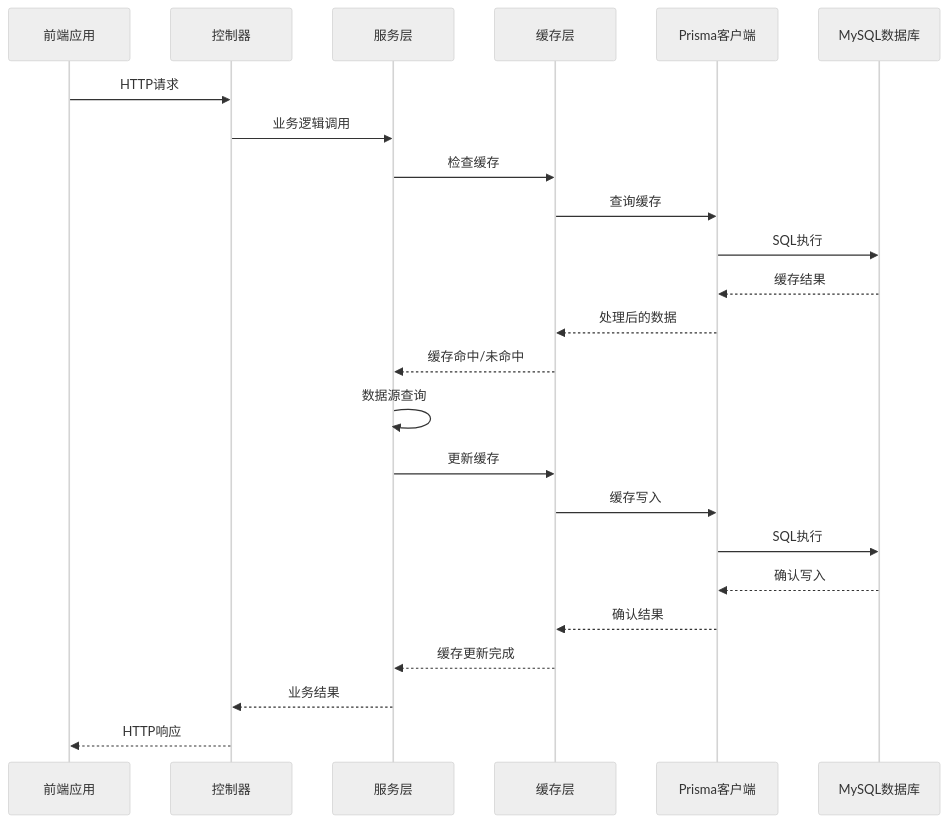
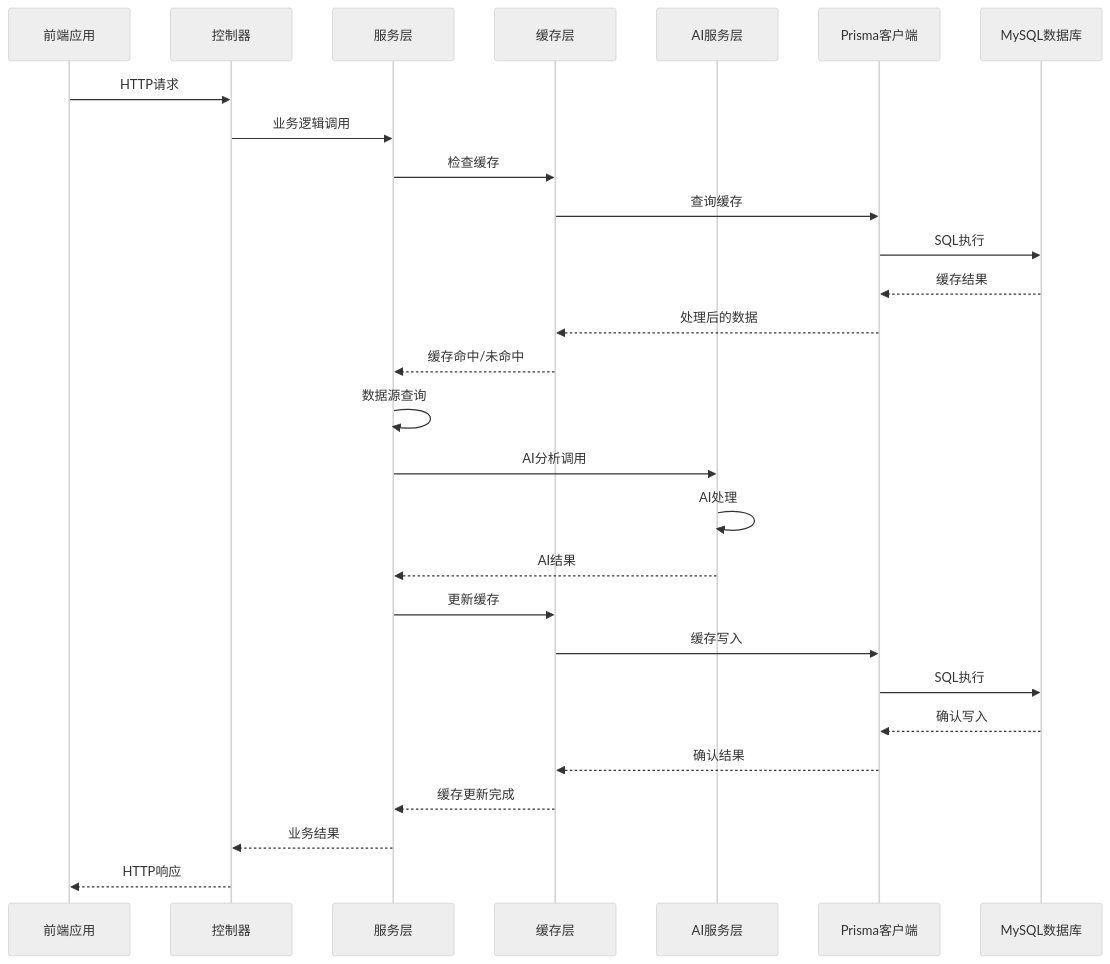
One commit to xianjianshenqu/SalesFlow-CRM changed the fourth of 37 diagrams in .qoder/repowiki/zh/content/Database Schema.md. Above: the diagram before and after it, drawn with Mermaid (neutral theme). The commit also changed other lines of this file and 10 other files, not shown here.

````diff
--- a/.qoder/repowiki/zh/content/Database Schema.md
+++ b/.qoder/repowiki/zh/content/Database Schema.md
@@ -486,26 +599,30 @@
 ```mermaid
 sequenceDiagram
 participant Frontend as 前端应用
 participant Controller as 控制器
 participant Service as 服务层
 participant Cache as 缓存层
+participant AIService as AI服务层
 participant Prisma as Prisma客户端
 participant Database as MySQL数据库
 Frontend->>Controller : HTTP请求
 Controller->>Service : 业务逻辑调用
 Service->>Cache : 检查缓存
 Cache->>Prisma : 查询缓存
 Prisma->>Database : SQL执行
 Database-->>Prisma : 缓存结果
 Prisma-->>Cache : 处理后的数据
 Cache-->>Service : 缓存命中/未命中
 Service->>Service : 数据源查询
+Service->>AIService : AI分析调用
+AIService->>AIService : AI处理
+AIService-->>Service : AI结果
 Service->>Cache : 更新缓存
 Cache->>Prisma : 缓存写入
 Prisma->>Database : SQL执行
 Database-->>Prisma : 确认写入
 Prisma-->>Cache : 确认结果
 Cache-->>Service : 缓存更新完成
 Service-->>Controller : 业务结果
 Controller-->>Frontend : HTTP响应
 ```
````
